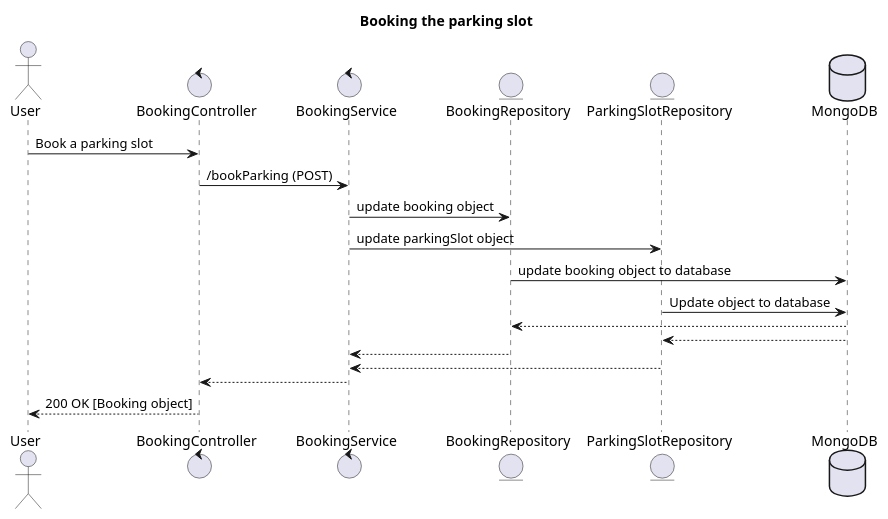
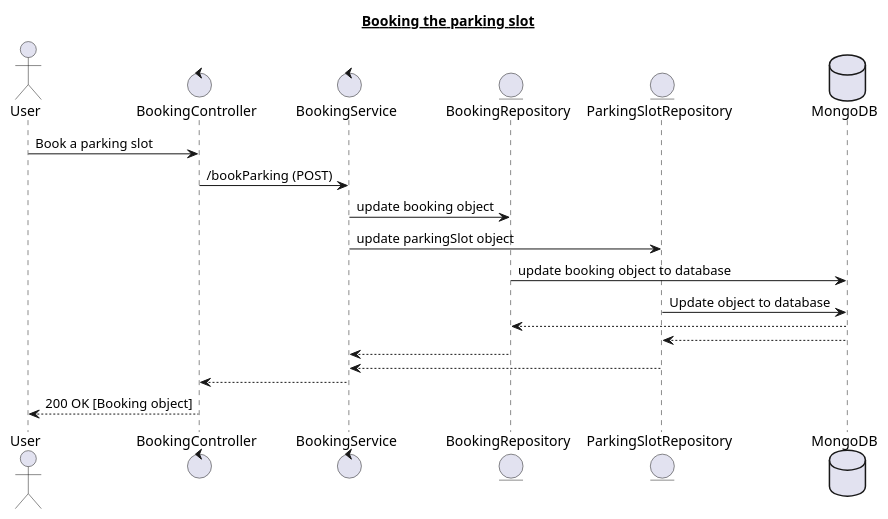
The diagram in flows/booking/bookParkingSlot.puml (Akash-k-hub/ParkingLot), drawn with PlantUML before and after one commit. The commit also changed 19 other files, not shown here.

```diff
--- a/flows/booking/bookParkingSlot.puml
+++ b/flows/booking/bookParkingSlot.puml
@@ -1,24 +1,24 @@
 @startuml
-title "Booking the parking slot"
+title <U> Booking the parking slot
 
 actor User
 control "BookingController" as Controller
 control "BookingService" as Service
 entity BookingRepository as Dao1
 entity ParkingSlotRepository as Dao2
 database MongoDB as DB
 
 User -> Controller : Book a parking slot
 Controller -> Service : /bookParking (POST)
 Service -> Dao1 : update booking object
 Service -> Dao2 : update parkingSlot object
 Dao1 -> DB : update booking object to database
 Dao2 -> DB : Update object to database
 DB --> Dao1 :
 DB --> Dao2
 Dao1 --> Service
 Dao2 --> Service
 Service --> Controller
 Controller --> User : 200 OK [Booking object]
 
 @enduml
```
